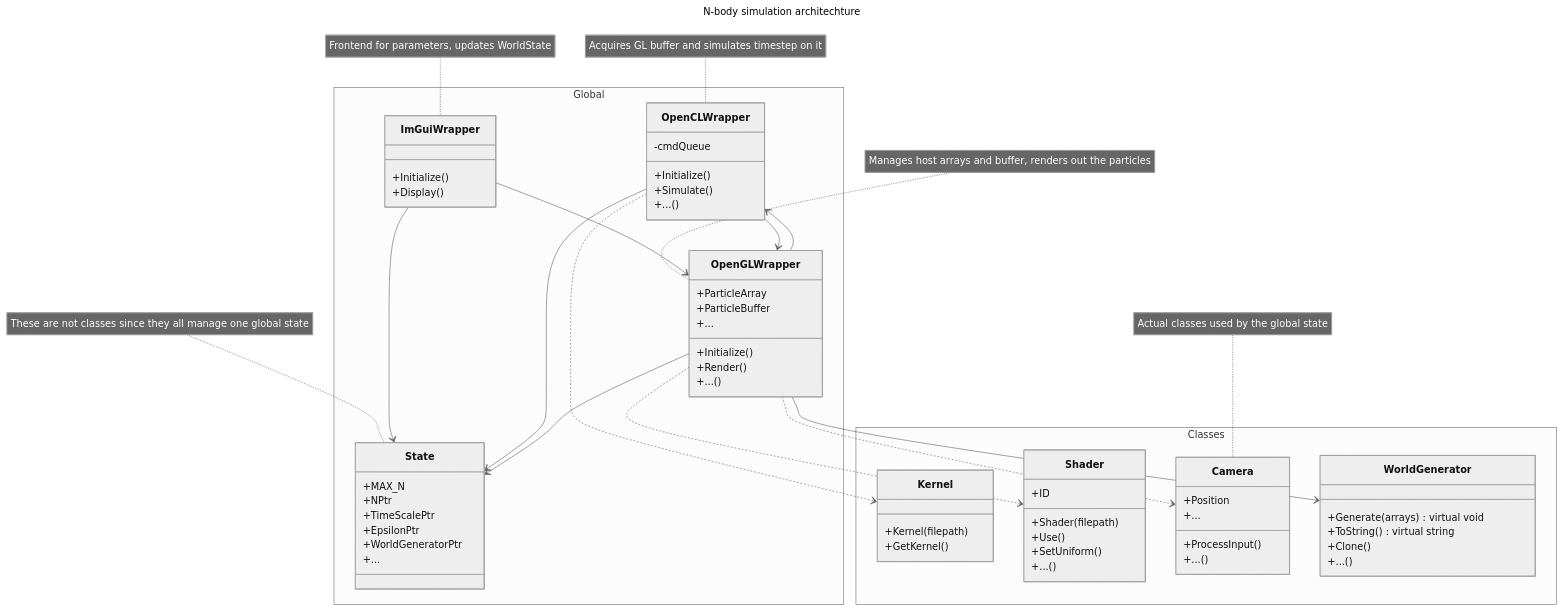
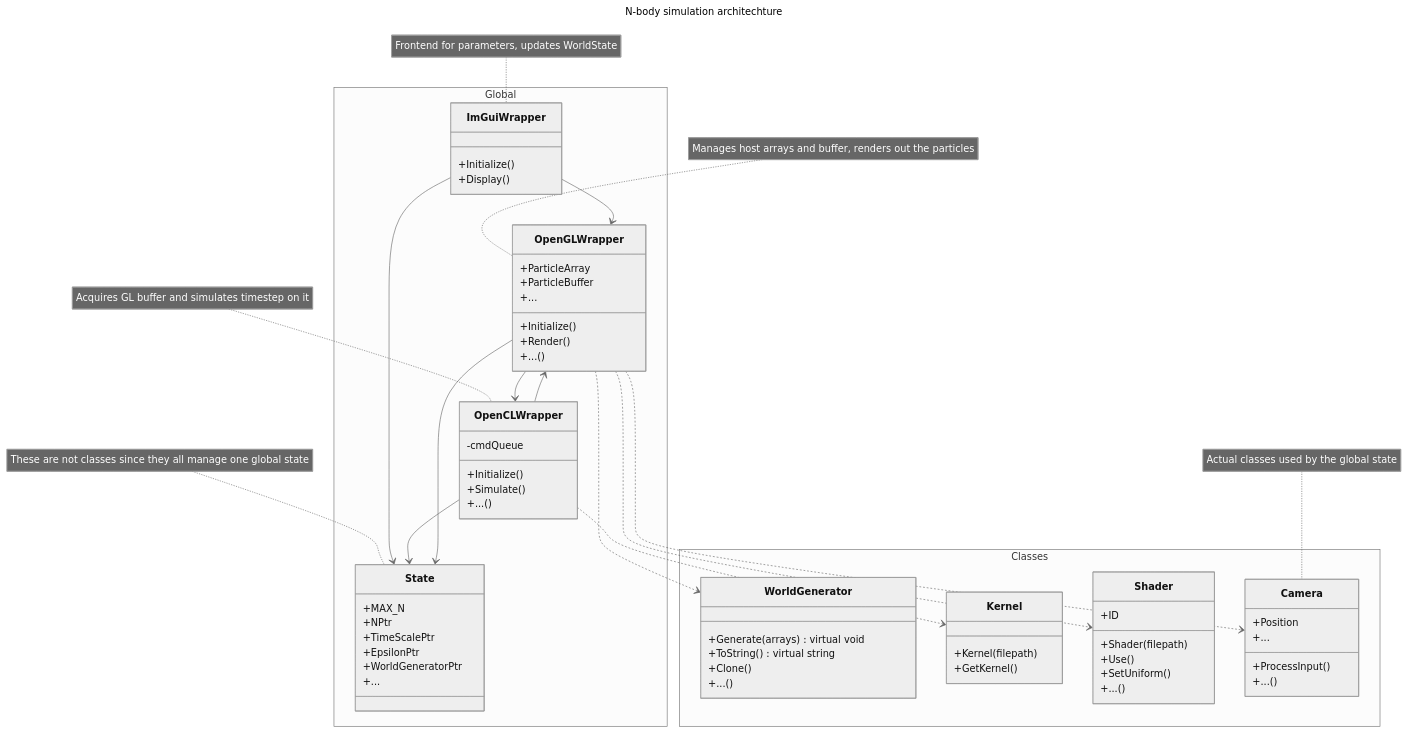
The diagram in README.md (22ms/n-body-sim), drawn with Mermaid (neutral theme) before and after one commit.

````diff
--- a/README.md
+++ b/README.md
@@ -93,78 +93,78 @@
 ```mermaid
 ---
 title: N-body simulation architechture
 ---
 classDiagram
 note for State "These are not classes since they all manage one global state"
 note for Camera "Actual classes used by the global state"
 note for OpenCLWrapper "Acquires GL buffer and simulates timestep on it"
 note for OpenGLWrapper "Manages host arrays and buffer, renders out the particles"
 note for ImGuiWrapper "Frontend for parameters, updates WorldState"
 
+OpenGLWrapper..>WorldGenerator
 OpenCLWrapper..>Kernel
 OpenGLWrapper..>Shader
 OpenGLWrapper..>Camera
 
 ImGuiWrapper-->OpenGLWrapper
 OpenCLWrapper-->OpenGLWrapper
 OpenGLWrapper-->OpenCLWrapper
-OpenGLWrapper-->WorldGenerator
 
 ImGuiWrapper-->State
 OpenCLWrapper-->State
 OpenGLWrapper-->State
 namespace Global {
   class State {
     +MAX_N
     +NPtr
     +TimeScalePtr
     +EpsilonPtr
     +WorldGeneratorPtr
     +...
   }
   class OpenGLWrapper {
     +ParticleArray
     +ParticleBuffer
     +...
     +Initialize()
     +Render()
     +...()
   }
   class OpenCLWrapper {
     -cmdQueue
     +Initialize()
     +Simulate()
     +...()
   }
   class ImGuiWrapper {
     +Initialize()
     +Display()
   }
 }
 namespace Classes {
   class Shader {
     +ID
     +Shader(filepath)
     +Use()
     +SetUniform()
     +...()
   }
   class Camera {
     +Position
     +...
     +ProcessInput()
     +...()
   }
   class Kernel {
     +Kernel(filepath)
     +GetKernel()
   }
   class WorldGenerator {
     +Generate(arrays) virtual void
     +ToString() virtual string
     +Clone()
     +...()
   }
 }
 
 ```
````
